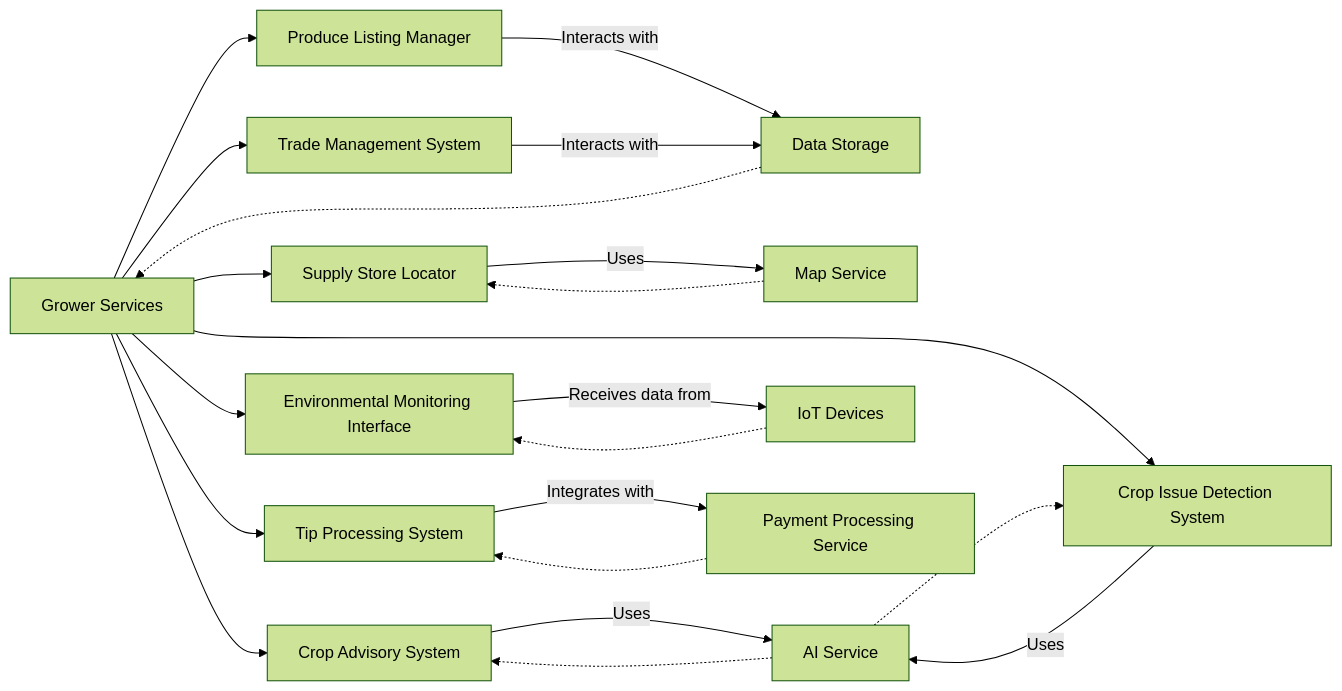
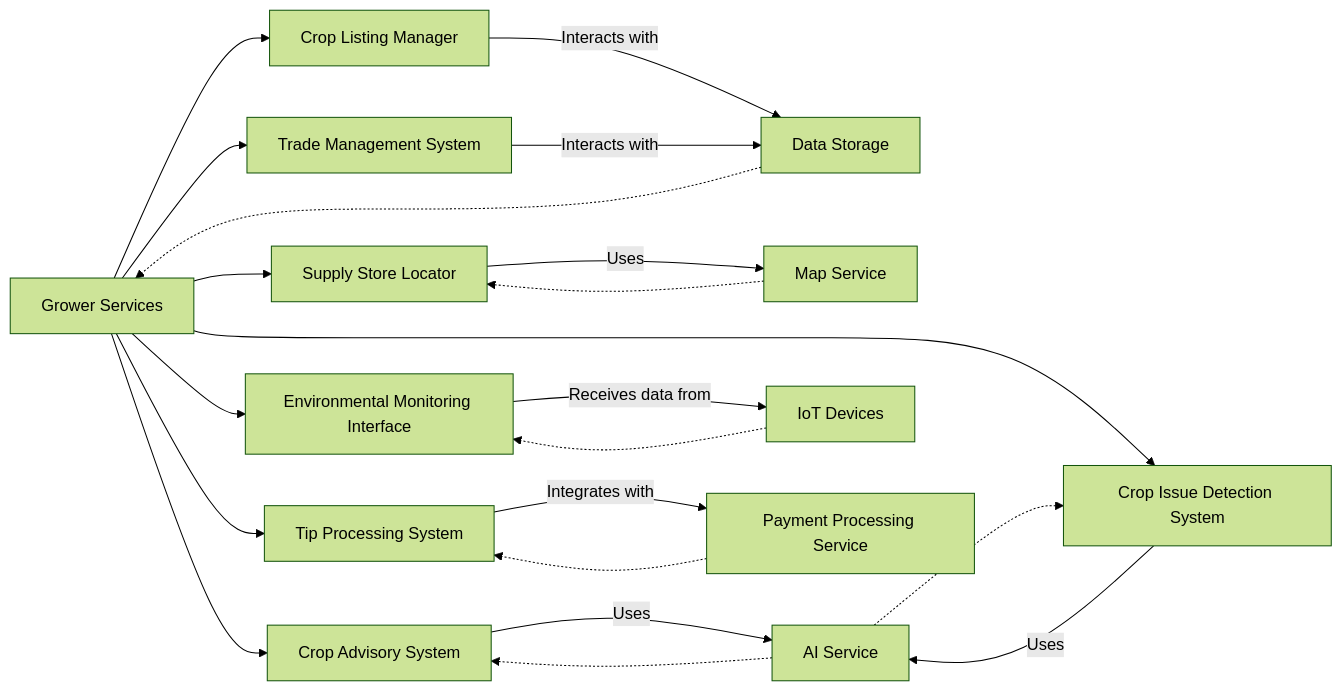
Before and after one commit to harvesit/harvesit: the third of 6 diagrams in README.md, drawn with Mermaid (forest theme). The commit also changed other lines of this file, not shown here.

````diff
--- a/README.md
+++ b/README.md
@@ -236,25 +236,25 @@
 ```mermaid
 graph LR
-    GS[Grower Services] --> PLM[Produce Listing Manager]
+    GS[Grower Services] --> PLM[Crop Listing Manager]
     GS --> TMS[Trade Management System]
     GS --> SSL[Supply Store Locator]
     GS --> CAS[Crop Advisory System]
     GS --> CIDS[Crop Issue Detection System]
     GS --> EMI[Environmental Monitoring Interface]
     GS --> TPS[Tip Processing System]
 
     PLM -->|Interacts with| DS[Data Storage]
     TMS -->|Interacts with| DS
     SSL -->|Uses| MS[Map Service]
     CAS -->|Uses| AIS[AI Service]
     CIDS -->|Uses| AIS
     EMI -->|Receives data from| IoT[IoT Devices]
     TPS -->|Integrates with| PPS[Payment Processing Service]
 
     DS[Data Storage] -.-> GS
     MS -.-> SSL
     AIS -.-> CAS
     AIS -.-> CIDS
     IoT -.-> EMI
     PPS -.-> TPS
 ```
````
